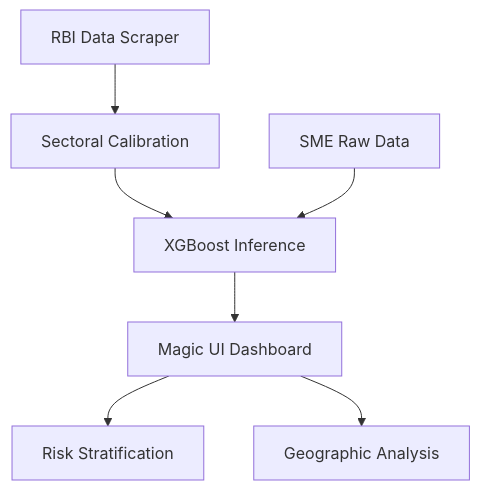
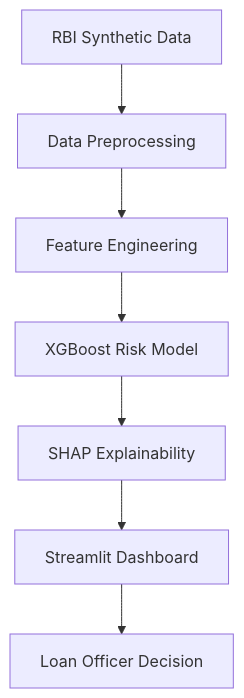
One commit to RishabJainhub/sme-credit-platform changed the diagram in README.md. Above: the diagram before and after it, drawn with Mermaid. The commit also changed other lines of this file and 1 other file, not shown here.

Commit message:
style: Full aesthetic revamp of README with premium banner and architecture

````diff
--- a/README.md
+++ b/README.md
@@ -16,9 +30,9 @@
 ```mermaid
 graph TD
-    A[RBI Data Scraper] --> B[Sectoral Calibration]
-    B --> C[XGBoost Inference]
-    D[SME Raw Data] --> C
-    C --> E[Magic UI Dashboard]
-    E --> F[Risk Stratification]
-    E --> G[Geographic Analysis]
+    A[RBI Synthetic Data] --> B[Data Preprocessing]
+    B --> C[Feature Engineering]
+    C --> D[XGBoost Risk Model]
+    D --> E[SHAP Explainability]
+    E --> F[Streamlit Dashboard]
+    F --> G[Loan Officer Decision]
 ```
````
